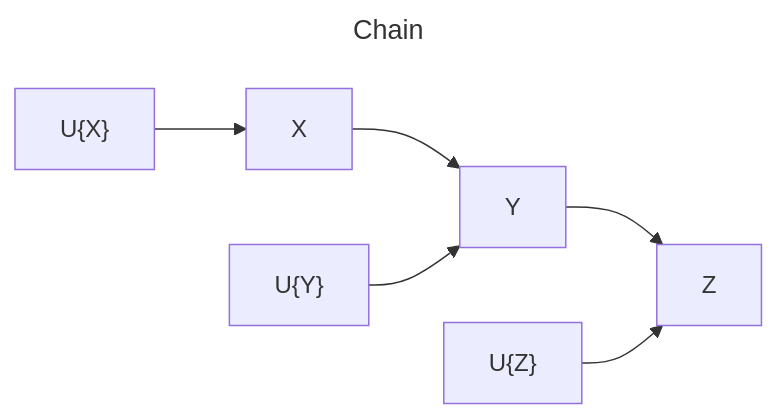
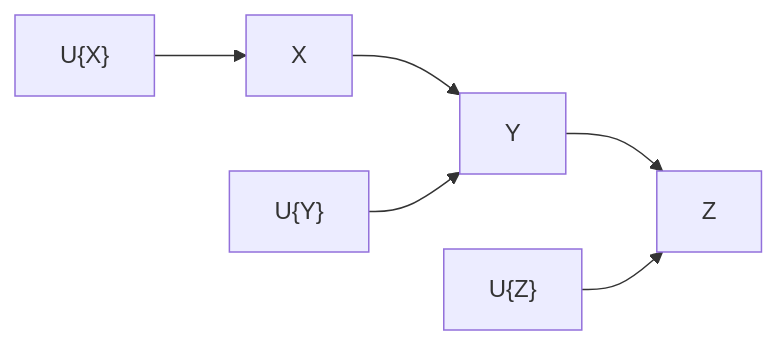
The first of 3 diagrams in _posts/2024-01-04-causal-effect.md (truman0102/truman0102.github.io), drawn with Mermaid before and after one commit. The commit also changed other lines of this file, not shown here.

```diff
--- a/_posts/2024-01-04-causal-effect.md
+++ b/_posts/2024-01-04-causal-effect.md
@@ -76,11 +76,8 @@
 {% mermaid %}
----
-title: Chain
----
 graph LR
     id1["U{X}"] --> X
     X --> Y
     id2["U{Y}"] --> Y
     Y --> Z
     id3["U{Z}"] --> Z
 {% endmermaid %}
```
